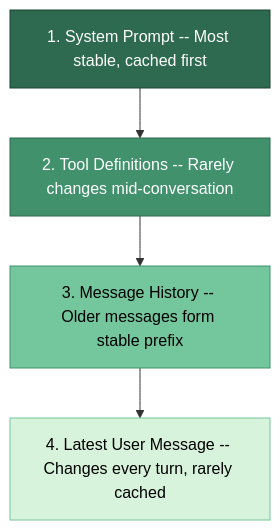
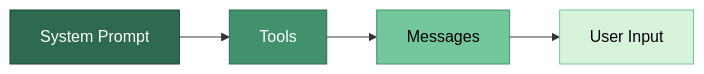
One commit to dangquan1402/community-contributor-posts changed the first of 2 diagrams in _posts/2026-04-02-prompt-caching-layer.md. Above: the diagram before and after it, drawn with Mermaid. The commit also changed other lines of this file and 9 other files, not shown here.

First line of the commit message:
Improve diagrams, add inline references and TOC headers across all posts

```diff
--- a/_posts/2026-04-02-prompt-caching-layer.md
+++ b/_posts/2026-04-02-prompt-caching-layer.md
@@ -34,11 +44,11 @@
 <pre class="mermaid">
-graph TD
-    A["1. System Prompt -- Most stable, cached first"] --> B["2. Tool Definitions -- Rarely changes mid-conversation"]
-    B --> C["3. Message History -- Older messages form stable prefix"]
-    C --> D["4. Latest User Message -- Changes every turn, rarely cached"]
+graph LR
+    A["System Prompt"] --> B["Tools"]
+    B --> C["Messages"]
+    C --> D["User Input"]
 
     style A fill:#2d6a4f,stroke:#1b4332,color:#fff
     style B fill:#40916c,stroke:#2d6a4f,color:#fff
     style C fill:#74c69d,stroke:#40916c,color:#000
     style D fill:#d8f3dc,stroke:#74c69d,color:#000
 </pre>
```
